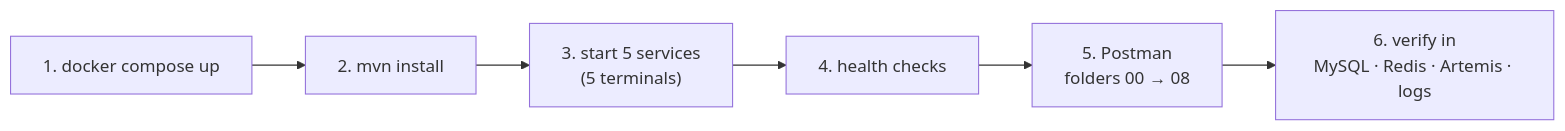
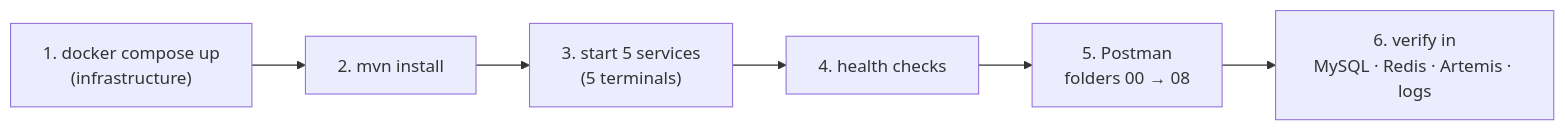
Before and after one commit to iamrupambiswas/sentinel-aml: the diagram in docs/manual-testing-guide.md, drawn with Mermaid. The commit also changed other lines of this file and 64 other files, not shown here.

````diff
--- a/docs/manual-testing-guide.md
+++ b/docs/manual-testing-guide.md
@@ -7,4 +9,4 @@
 ```mermaid
 flowchart LR
-    S1["1. docker compose up"] --> S2["2. mvn install"] --> S3["3. start 5 services<br/>(5 terminals)"] --> S4["4. health checks"] --> S5["5. Postman<br/>folders 00 → 08"] --> S6["6. verify in<br/>MySQL · Redis · Artemis · logs"]
+    S1["1. docker compose up<br/>(infrastructure)"] --> S2["2. mvn install"] --> S3["3. start 5 services<br/>(5 terminals)"] --> S4["4. health checks"] --> S5["5. Postman<br/>folders 00 → 08"] --> S6["6. verify in<br/>MySQL · Redis · Artemis · logs"]
 ```
````
